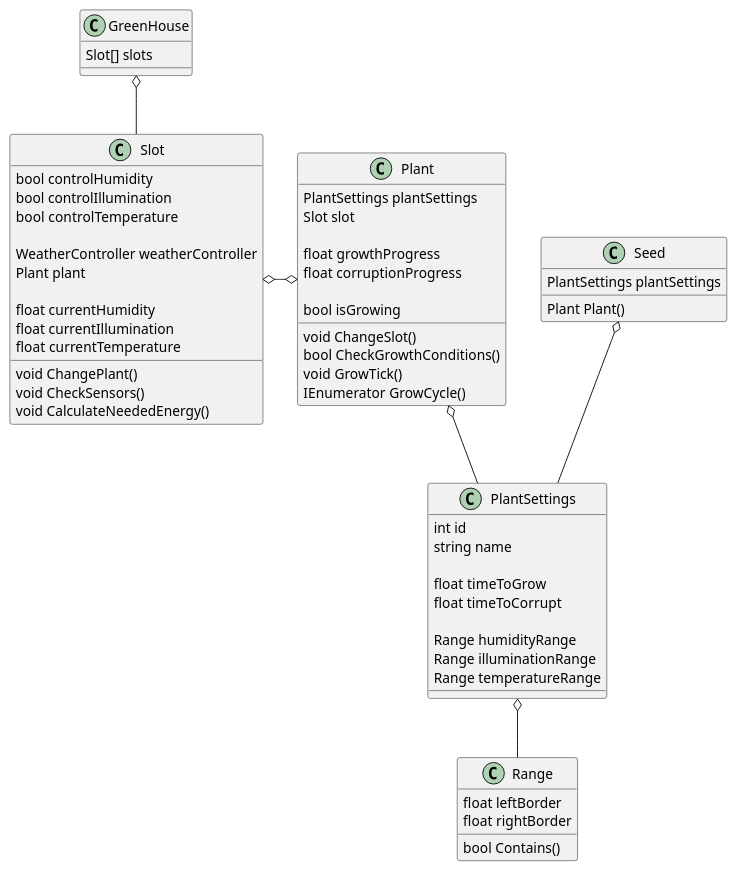
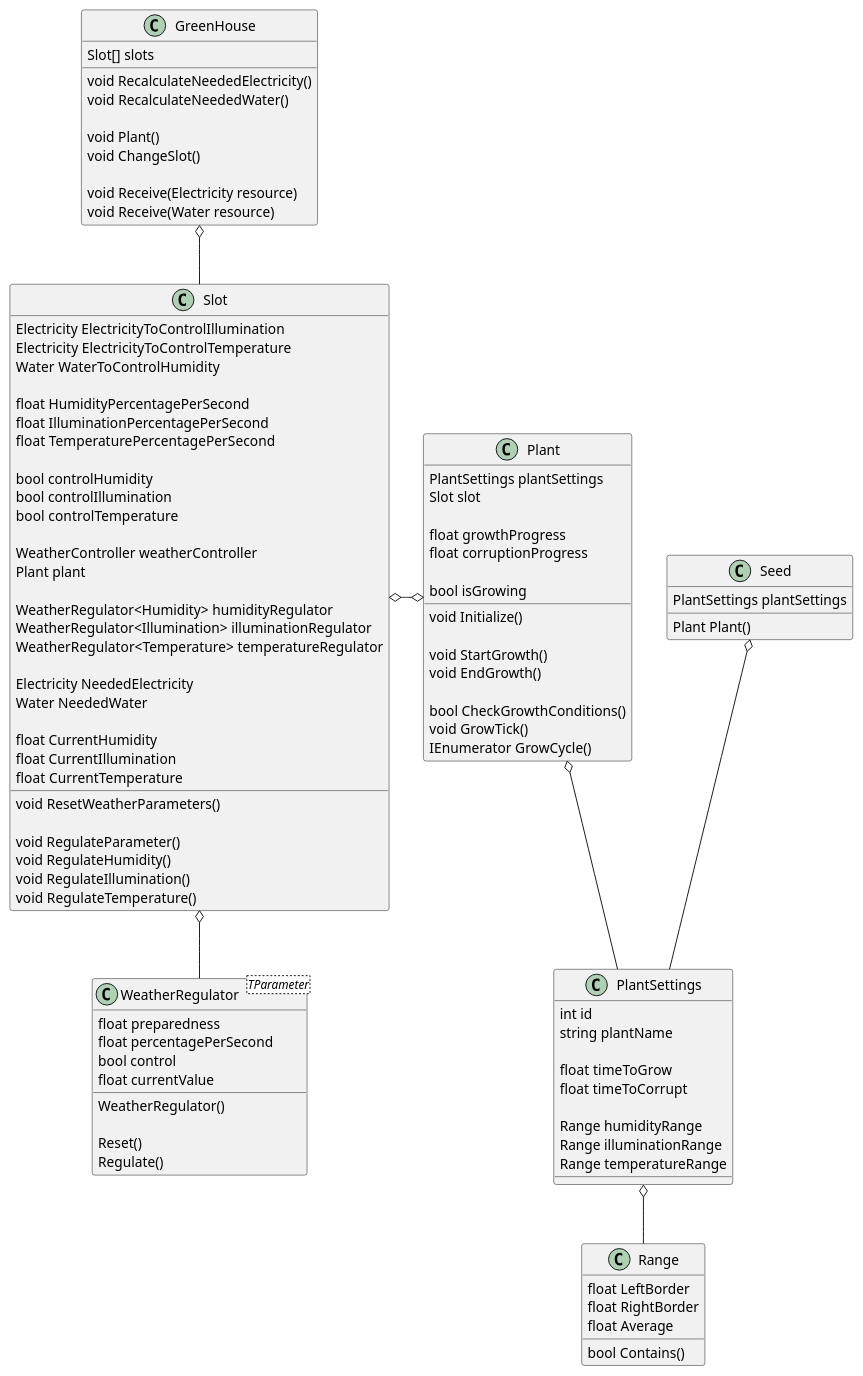
The diagram in Assets/Resources/Scripts/Plants/Diagramm.puml (unknownMusician/Biosearcher), drawn with PlantUML before and after one commit. The commit also changed 16 other files, not shown here.

Commit message:
plant takes weather parameters from slot pt. 4

```diff
--- a/Assets/Resources/Scripts/Plants/Diagramm.puml
+++ b/Assets/Resources/Scripts/Plants/Diagramm.puml
@@ -1,71 +1,116 @@
 @startuml
 
 class PlantSettings
 {
     int id
-    string name
+    string plantName
     
     float timeToGrow
     float timeToCorrupt
     
     Range humidityRange
     Range illuminationRange
     Range temperatureRange
 }
 class Seed
 {
     PlantSettings plantSettings
     
     Plant Plant()
 }
 class Plant
 {
     PlantSettings plantSettings
     Slot slot
     
     float growthProgress
     float corruptionProgress
     
     bool isGrowing
     
-    void ChangeSlot()
+    void Initialize()
+    
+    void StartGrowth()
+    void EndGrowth()
+    
     bool CheckGrowthConditions()
     void GrowTick()
     IEnumerator GrowCycle()
 }
 class Range
 {
-    float leftBorder
-    float rightBorder
+    float LeftBorder
+    float RightBorder
+    float Average
     
     bool Contains()
 }
 class Slot
-{
+{   
+    Electricity ElectricityToControlIllumination
+    Electricity ElectricityToControlTemperature
+    Water WaterToControlHumidity
+    
+    float HumidityPercentagePerSecond
+    float IlluminationPercentagePerSecond
+    float TemperaturePercentagePerSecond
+    
     bool controlHumidity
     bool controlIllumination
     bool controlTemperature
 
     WeatherController weatherController
     Plant plant
-
-    float currentHumidity
-    float currentIllumination
-    float currentTemperature
     
-    void ChangePlant()
-    void CheckSensors()
-    void CalculateNeededEnergy()
+    WeatherRegulator<Humidity> humidityRegulator
+    WeatherRegulator<Illumination> illuminationRegulator
+    WeatherRegulator<Temperature> temperatureRegulator
+    
+    Electricity NeededElectricity
+    Water NeededWater
+    
+    float CurrentHumidity
+    float CurrentIllumination
+    float CurrentTemperature
+    
+    void ResetWeatherParameters()
+    
+    void RegulateParameter()
+    void RegulateHumidity()
+    void RegulateIllumination()
+    void RegulateTemperature()
 }
 class GreenHouse
 {
     Slot[] slots
+    
+    void RecalculateNeededElectricity()
+    void RecalculateNeededWater()
+    
+    void Plant()
+    void ChangeSlot()
+    
+    void Receive(Electricity resource)
+    void Receive(Water resource)
+}
+class WeatherRegulator<TParameter>
+{
+    float preparedness
+    float percentagePerSecond
+    bool control
+    float currentValue
+    
+    WeatherRegulator()
+    
+    Reset()
+    Regulate()
 }
 
 Seed o-- PlantSettings
 Plant o-- PlantSettings
 PlantSettings o-- Range
 Slot o-o Plant
 GreenHouse o-- Slot
+Slot o-- WeatherRegulator
 
 @enduml
```
